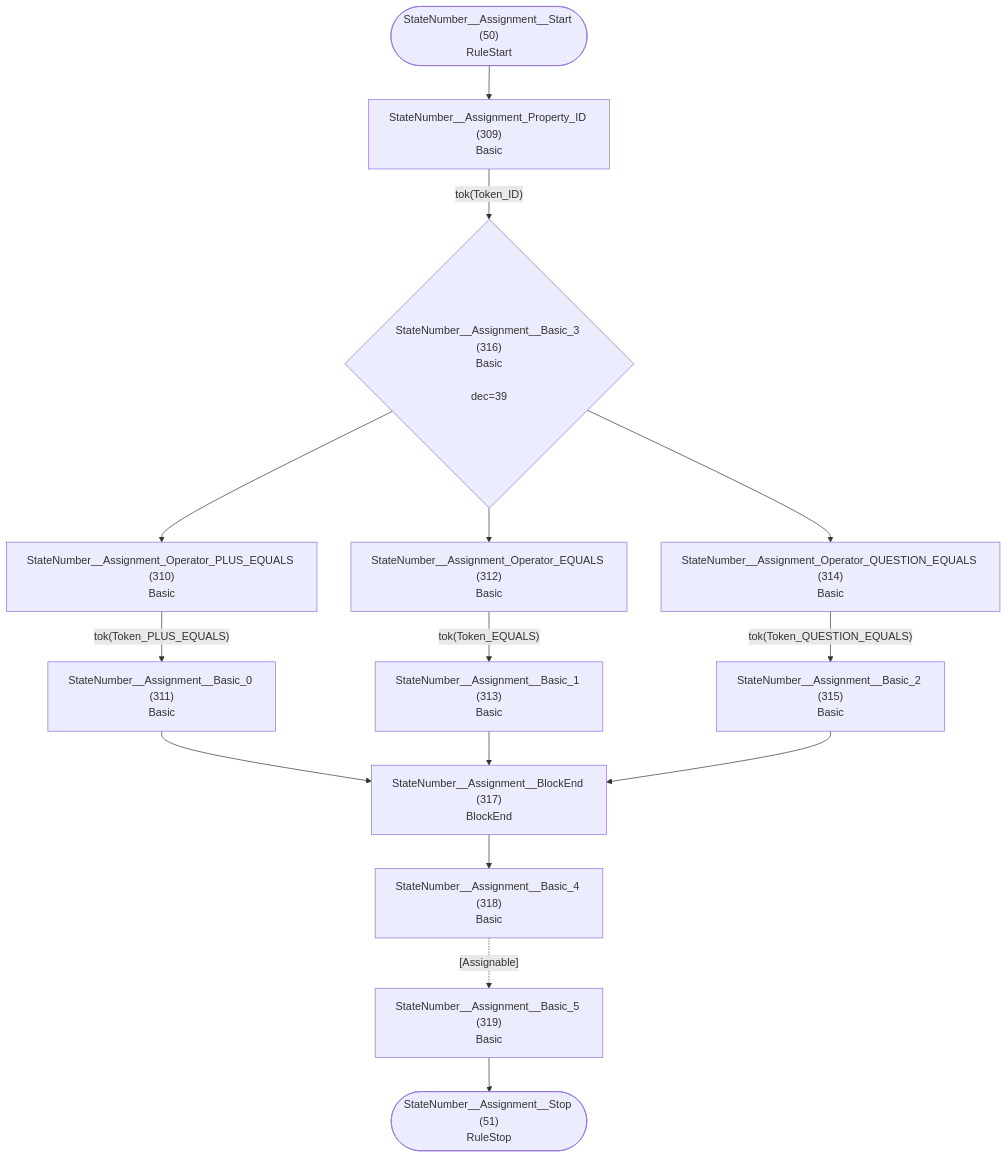
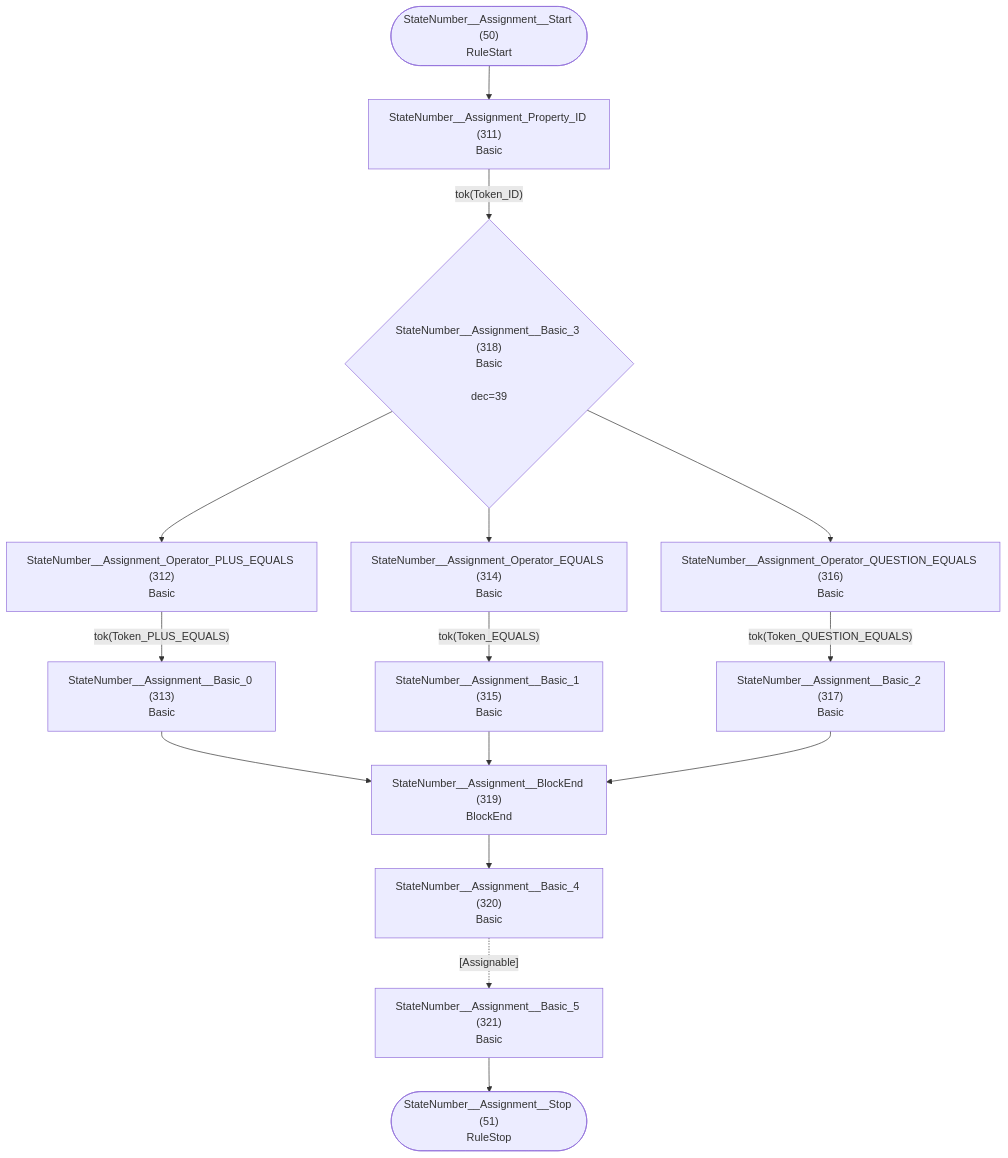
One commit to TypeFox/fastbelt changed diagram 26 of 36 in internal/grammar/atn.md. Above: the diagram before and after it, drawn with Mermaid. The commit also changed other lines of this file and 11 other files, not shown here.

````diff
--- a/internal/grammar/atn.md
+++ b/internal/grammar/atn.md
@@ -782,31 +786,31 @@
 ```mermaid
 flowchart TD
     q50(["StateNumber__Assignment__Start (50)<br/>RuleStart"])
     q51(["StateNumber__Assignment__Stop (51)<br/>RuleStop"])
-    q309["StateNumber__Assignment_Property_ID (309)<br/>Basic<br/>"]
-    q310["StateNumber__Assignment_Operator_PLUS_EQUALS (310)<br/>Basic<br/>"]
-    q311["StateNumber__Assignment__Basic_0 (311)<br/>Basic<br/>"]
-    q312["StateNumber__Assignment_Operator_EQUALS (312)<br/>Basic<br/>"]
-    q313["StateNumber__Assignment__Basic_1 (313)<br/>Basic<br/>"]
-    q314["StateNumber__Assignment_Operator_QUESTION_EQUALS (314)<br/>Basic<br/>"]
-    q315["StateNumber__Assignment__Basic_2 (315)<br/>Basic<br/>"]
-    q316{"StateNumber__Assignment__Basic_3 (316)<br/>Basic<br/><br/>dec=39"}
-    q317["StateNumber__Assignment__BlockEnd (317)<br/>BlockEnd<br/>"]
-    q318["StateNumber__Assignment__Basic_4 (318)<br/>Basic<br/>"]
-    q319["StateNumber__Assignment__Basic_5 (319)<br/>Basic<br/>"]
+    q311["StateNumber__Assignment_Property_ID (311)<br/>Basic<br/>"]
+    q312["StateNumber__Assignment_Operator_PLUS_EQUALS (312)<br/>Basic<br/>"]
+    q313["StateNumber__Assignment__Basic_0 (313)<br/>Basic<br/>"]
+    q314["StateNumber__Assignment_Operator_EQUALS (314)<br/>Basic<br/>"]
+    q315["StateNumber__Assignment__Basic_1 (315)<br/>Basic<br/>"]
+    q316["StateNumber__Assignment_Operator_QUESTION_EQUALS (316)<br/>Basic<br/>"]
+    q317["StateNumber__Assignment__Basic_2 (317)<br/>Basic<br/>"]
+    q318{"StateNumber__Assignment__Basic_3 (318)<br/>Basic<br/><br/>dec=39"}
+    q319["StateNumber__Assignment__BlockEnd (319)<br/>BlockEnd<br/>"]
+    q320["StateNumber__Assignment__Basic_4 (320)<br/>Basic<br/>"]
+    q321["StateNumber__Assignment__Basic_5 (321)<br/>Basic<br/>"]
 
-    q50 --> q309
-    q309 -->|"tok(Token_ID)"| q316
-    q310 -->|"tok(Token_PLUS_EQUALS)"| q311
-    q311 --> q317
-    q312 -->|"tok(Token_EQUALS)"| q313
-    q313 --> q317
-    q314 -->|"tok(Token_QUESTION_EQUALS)"| q315
-    q315 --> q317
-    q316 --> q310
-    q316 --> q312
-    q316 --> q314
-    q317 --> q318
-    q318 -.->|"[Assignable]"| q319
-    q319 --> q51
+    q50 --> q311
+    q311 -->|"tok(Token_ID)"| q318
+    q312 -->|"tok(Token_PLUS_EQUALS)"| q313
+    q313 --> q319
+    q314 -->|"tok(Token_EQUALS)"| q315
+    q315 --> q319
+    q316 -->|"tok(Token_QUESTION_EQUALS)"| q317
+    q317 --> q319
+    q318 --> q312
+    q318 --> q314
+    q318 --> q316
+    q319 --> q320
+    q320 -.->|"[Assignable]"| q321
+    q321 --> q51
 ```
````
